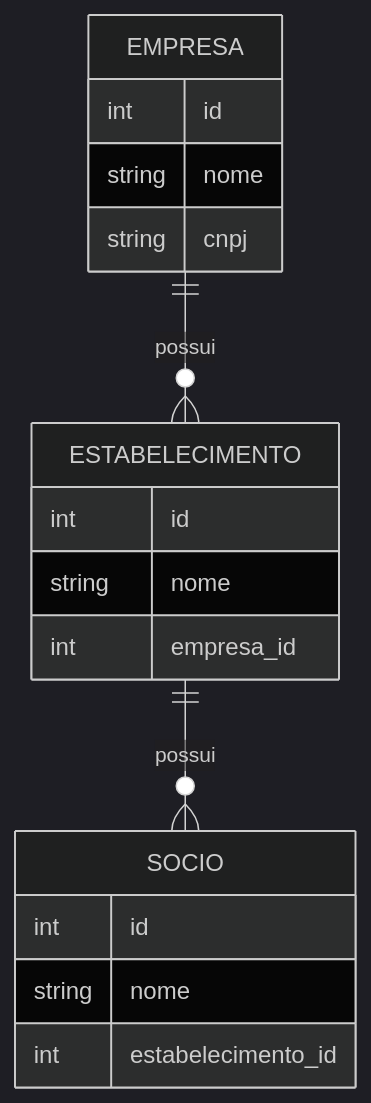
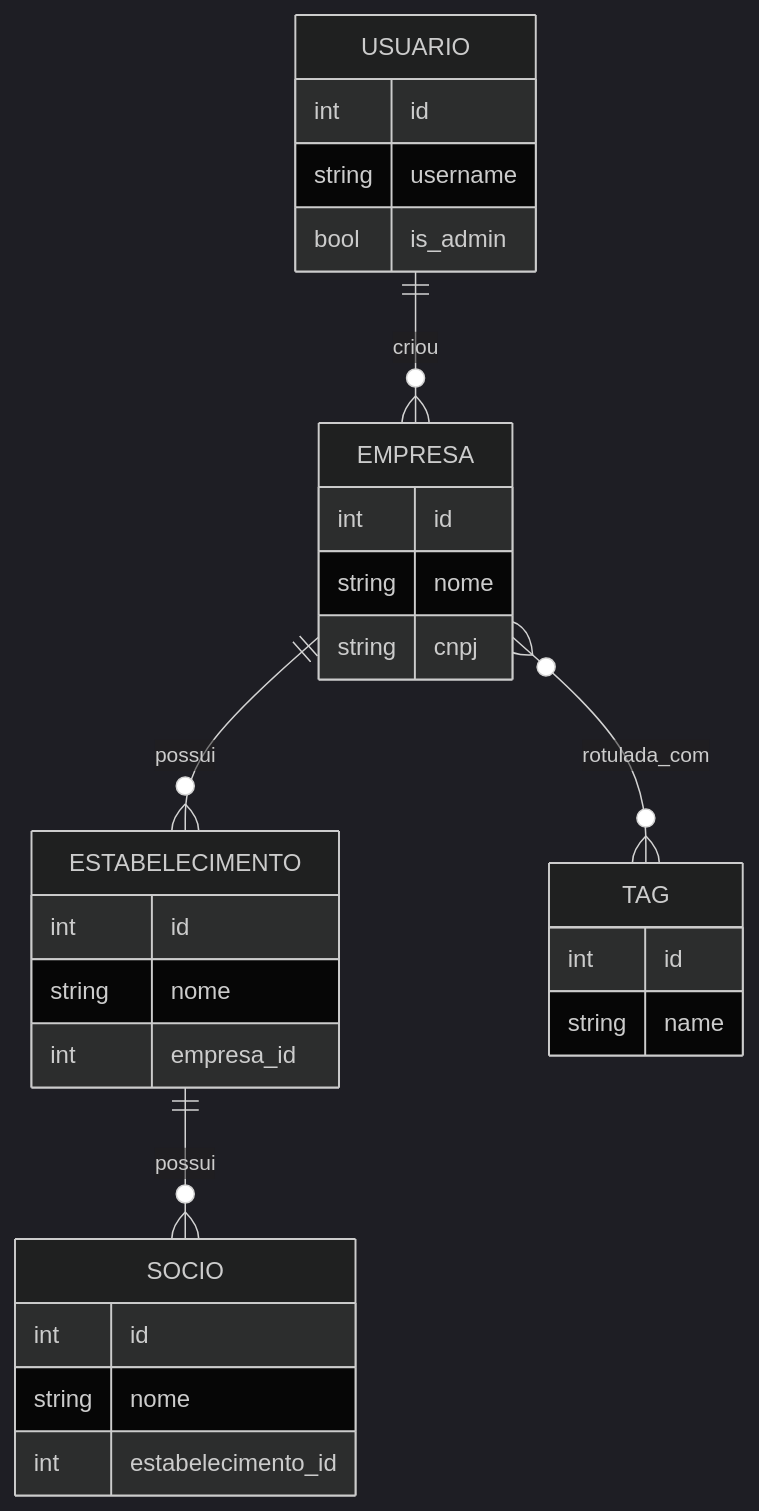
One commit to elielguedes/api_cadastro_cnpj changed the diagram in README.md. Above: the diagram before and after it, drawn with Mermaid (dark theme). The commit also changed other lines of this file and 8591 other files, not shown here.

Commit message:
docs: update README, ER diagram and add tag schemas/router; remove tracked venv/db

````diff
--- a/README.md
+++ b/README.md
@@ -36,20 +36,36 @@
 ```mermaid
 erDiagram
+    USUARIO ||--o{ EMPRESA : criou
     EMPRESA ||--o{ ESTABELECIMENTO : possui
     ESTABELECIMENTO ||--o{ SOCIO : possui
+    EMPRESA }o--o{ TAG : rotulada_com
+
+    USUARIO {
+        int id
+        string username
+        bool is_admin
+    }
+
     EMPRESA {
         int id
         string nome
         string cnpj
     }
+
     ESTABELECIMENTO {
         int id
         string nome
         int empresa_id
     }
+
     SOCIO {
         int id
         string nome
         int estabelecimento_id
     }
+
+    TAG {
+        int id
+        string name
+    }
 ```
````
